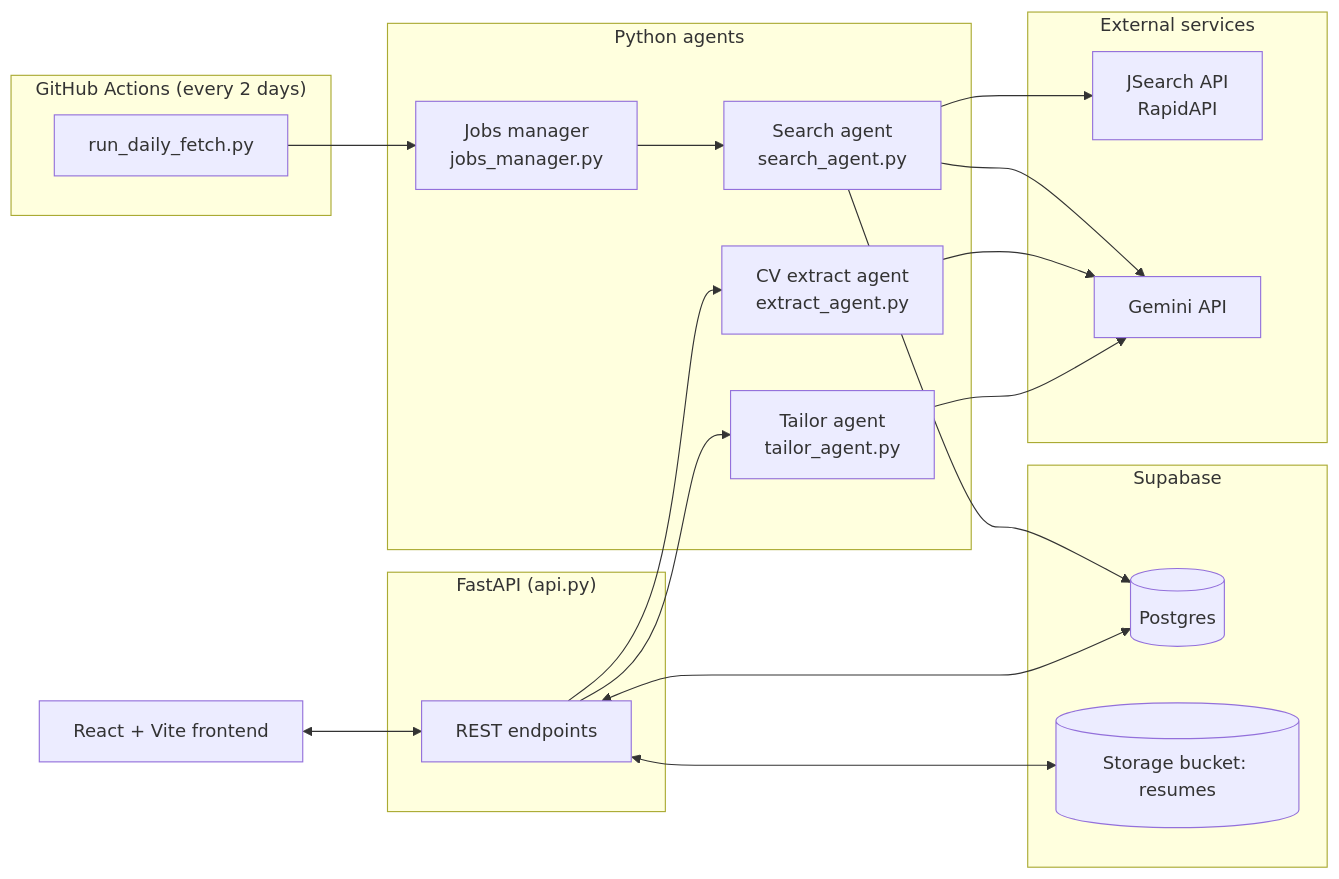
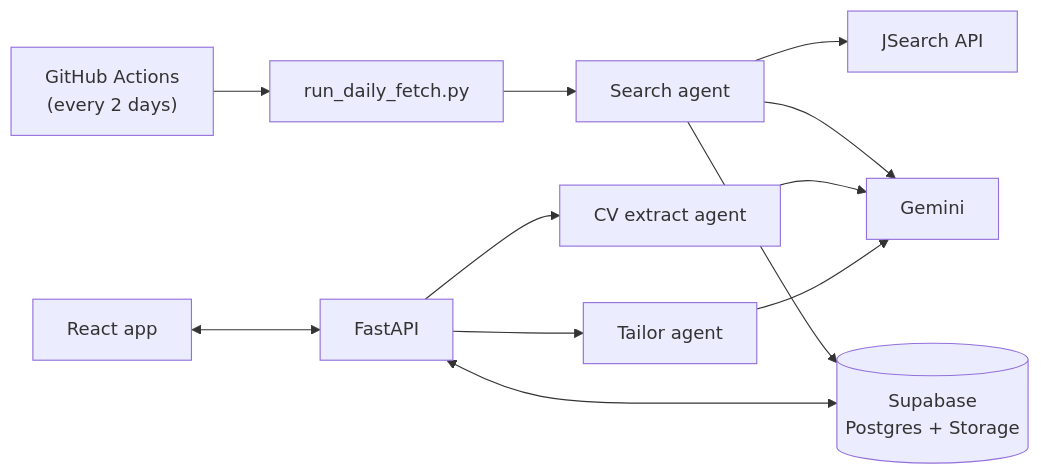
One commit to tthymept/job-hunt-agent changed the diagram in README.md. Above: the diagram before and after it, drawn with Mermaid. The commit also changed other lines of this file, not shown here.

````diff
--- a/README.md
+++ b/README.md
@@ -66,39 +29,13 @@
 ```mermaid
 flowchart LR
-    subgraph Scheduler["GitHub Actions (every 2 days)"]
-        RDF[run_daily_fetch.py]
-    end
+    GA["GitHub Actions<br/>(every 2 days)"] --> FETCH[run_daily_fetch.py]
+    FETCH --> SA[Search agent] --> JS[JSearch API]
+    SA --> GM[Gemini]
 
-    subgraph Agents["Python agents"]
-        SA[Search agent<br/>search_agent.py]
-        JM[Jobs manager<br/>jobs_manager.py]
-        EA[CV extract agent<br/>extract_agent.py]
-        TA[Tailor agent<br/>tailor_agent.py]
-    end
+    FE[React app] <--> API[FastAPI]
+    API --> EA[CV extract agent] --> GM
+    API --> TA[Tailor agent] --> GM
 
-    subgraph Backend["FastAPI (api.py)"]
-        API[REST endpoints]
-    end
-
-    subgraph Data["Supabase"]
-        PG[(Postgres)]
-        ST[(Storage bucket: resumes)]
-    end
-
-    subgraph Ext["External services"]
-        JS[JSearch API<br/>RapidAPI]
-        GM[Gemini API]
-    end
-
-    FE[React + Vite frontend]
-
-    RDF --> JM --> SA
-    SA --> JS
-    SA --> GM
-    SA --> PG
-    FE <--> API
-    API --> EA --> GM
-    API --> TA --> GM
-    API <--> PG
-    API <--> ST
+    SA --> DB[(Supabase<br/>Postgres + Storage)]
+    API <--> DB
 ```
````
